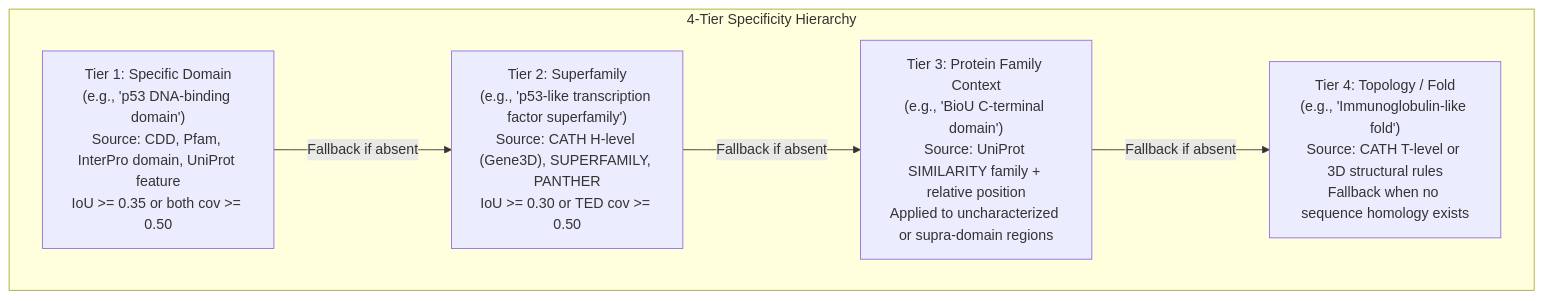
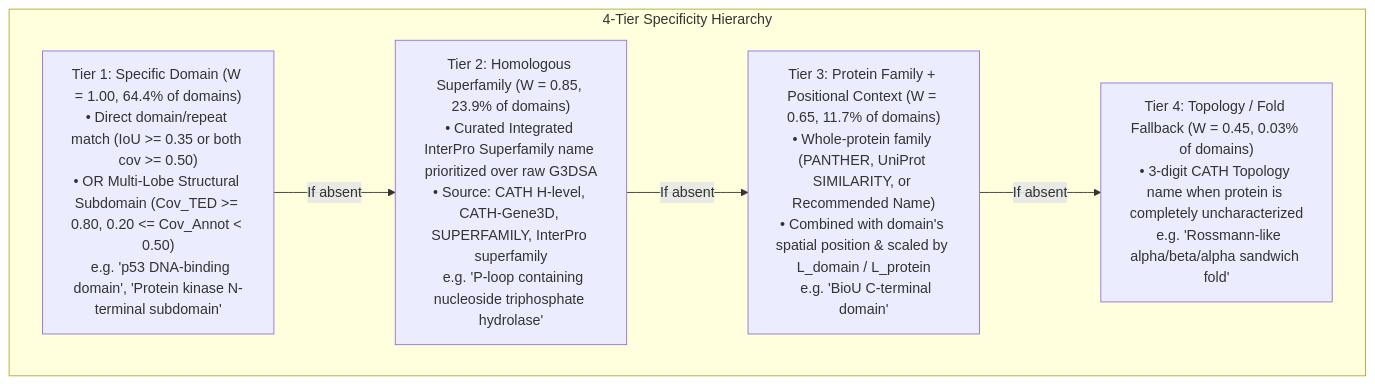
Before and after one commit to KarelBerka/TED-namer: the second of 2 diagrams in docs/NAMING_PROCESS.md, drawn with Mermaid. The commit also changed other lines of this file, not shown here.

````diff
--- a/docs/NAMING_PROCESS.md
+++ b/docs/NAMING_PROCESS.md
@@ -87,12 +144,12 @@
 ```mermaid
 graph TB
-    subgraph Hierarchy["4-Tier Specificity Hierarchy"]
-        T1["Tier 1: Specific Domain\n(e.g., 'p53 DNA-binding domain')\nSource: CDD, Pfam, InterPro domain, UniProt feature\nIoU >= 0.35 or both cov >= 0.50"]
-        T2["Tier 2: Superfamily\n(e.g., 'p53-like transcription factor superfamily')\nSource: CATH H-level (Gene3D), SUPERFAMILY, PANTHER\nIoU >= 0.30 or TED cov >= 0.50"]
-        T3["Tier 3: Protein Family Context\n(e.g., 'BioU C-terminal domain')\nSource: UniProt SIMILARITY family + relative position\nApplied to uncharacterized or supra-domain regions"]
-        T4["Tier 4: Topology / Fold\n(e.g., 'Immunoglobulin-like fold')\nSource: CATH T-level or 3D structural rules\nFallback when no sequence homology exists"]
+    subgraph Tiers["4-Tier Specificity Hierarchy"]
+        T1["Tier 1: Specific Domain (W = 1.00, 64.4% of domains)\n• Direct domain/repeat match (IoU >= 0.35 or both cov >= 0.50)\n• OR Multi-Lobe Structural Subdomain (Cov_TED >= 0.80, 0.20 <= Cov_Annot < 0.50)\n  e.g. 'p53 DNA-binding domain', 'Protein kinase N-terminal subdomain'"]
+        T2["Tier 2: Homologous Superfamily (W = 0.85, 23.9% of domains)\n• Curated Integrated InterPro Superfamily name prioritized over raw G3DSA\n• Source: CATH H-level, CATH-Gene3D, SUPERFAMILY, InterPro superfamily\n  e.g. 'P-loop containing nucleoside triphosphate hydrolase'"]
+        T3["Tier 3: Protein Family + Positional Context (W = 0.65, 11.7% of domains)\n• Whole-protein family (PANTHER, UniProt SIMILARITY, or Recommended Name)\n• Combined with domain's spatial position & scaled by L_domain / L_protein\n  e.g. 'BioU C-terminal domain'"]
+        T4["Tier 4: Topology / Fold Fallback (W = 0.45, 0.03% of domains)\n• 3-digit CATH Topology name when protein is completely uncharacterized\n  e.g. 'Rossmann-like alpha/beta/alpha sandwich fold'"]
     end
-    T1 -->|Fallback if absent| T2
-    T2 -->|Fallback if absent| T3
-    T3 -->|Fallback if absent| T4
+    T1 -->|If absent| T2
+    T2 -->|If absent| T3
+    T3 -->|If absent| T4
 ```
````
